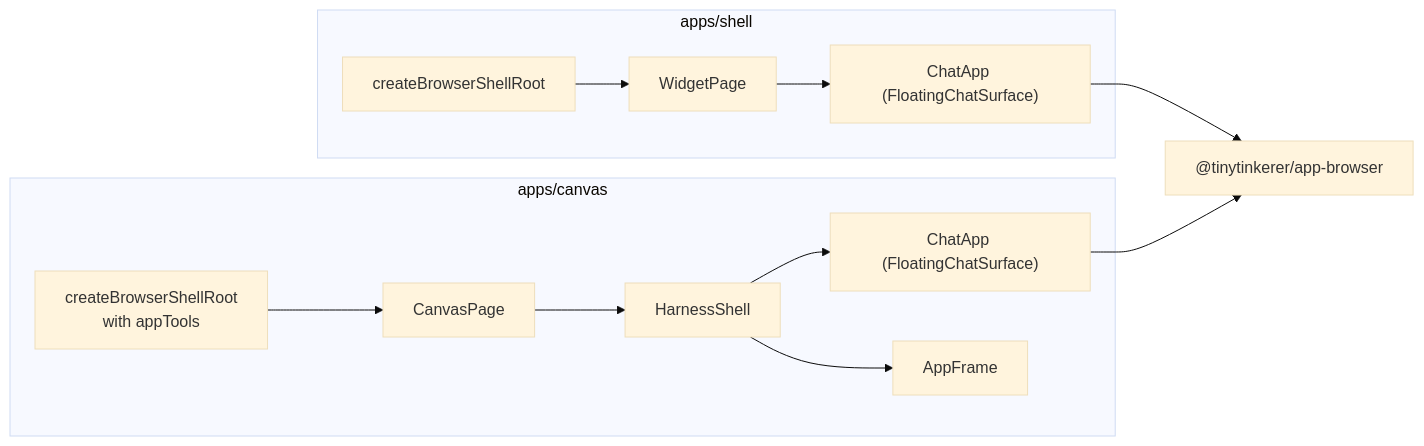
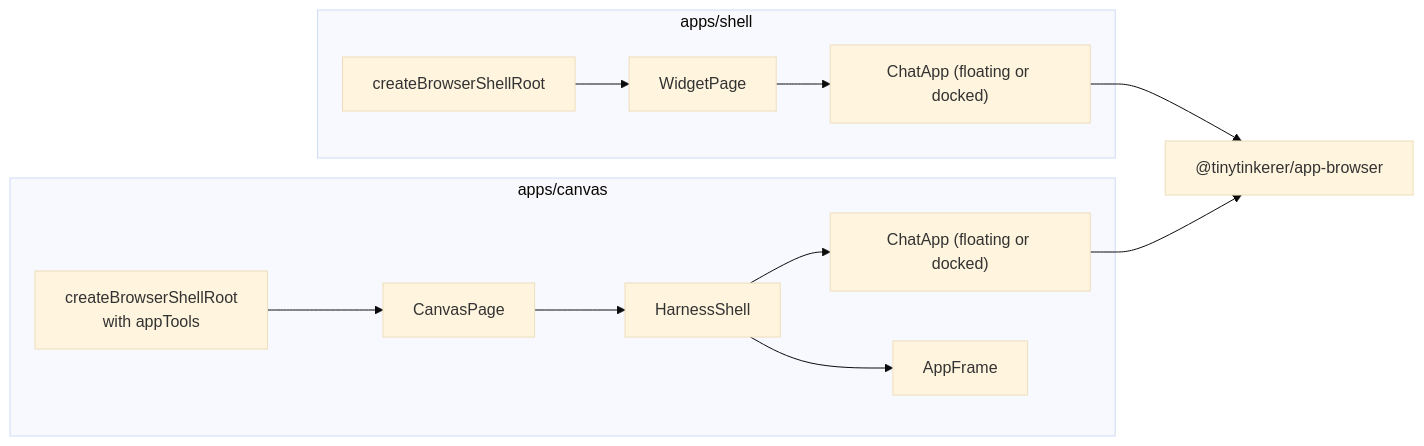
The tenth of 12 diagrams in docs/app-harness.md (NNTin/tinytinkerer), drawn with Mermaid (base theme) before and after one commit. The commit also changed other lines of this file and 7 other files, not shown here.

````diff
--- a/docs/app-harness.md
+++ b/docs/app-harness.md
@@ -659,24 +661,24 @@
 ```mermaid
 flowchart LR
   subgraph widget["apps/shell"]
     widgetMain["createBrowserShellRoot"]
     widgetPage["WidgetPage"]
-    widgetChat["ChatApp (FloatingChatSurface)"]
+    widgetChat["ChatApp (floating or docked)"]
     widgetMain --> widgetPage --> widgetChat
   end
 
   subgraph canvas["apps/canvas"]
     canvasMain["createBrowserShellRoot<br/>with appTools"]
     canvasPage["CanvasPage"]
     harnessShell["HarnessShell"]
-    canvasChat["ChatApp (FloatingChatSurface)"]
+    canvasChat["ChatApp (floating or docked)"]
     appFrame["AppFrame"]
     canvasMain --> canvasPage --> harnessShell
     harnessShell --> canvasChat
     harnessShell --> appFrame
   end
 
   shared["@tinytinkerer/app-browser"]
   widgetChat --> shared
   canvasChat --> shared
 ```
````
